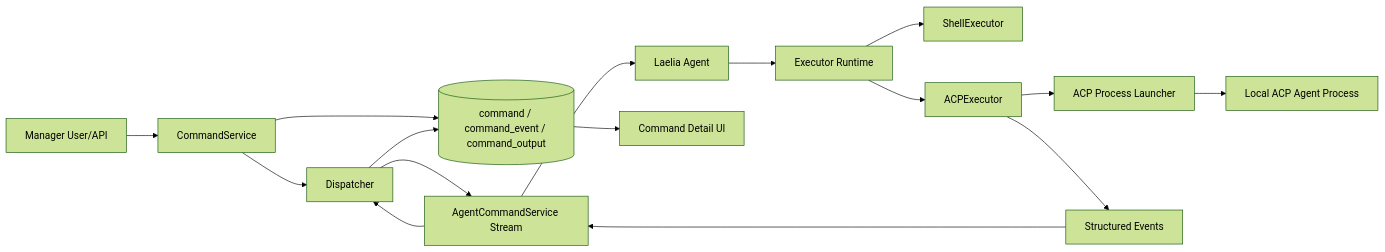
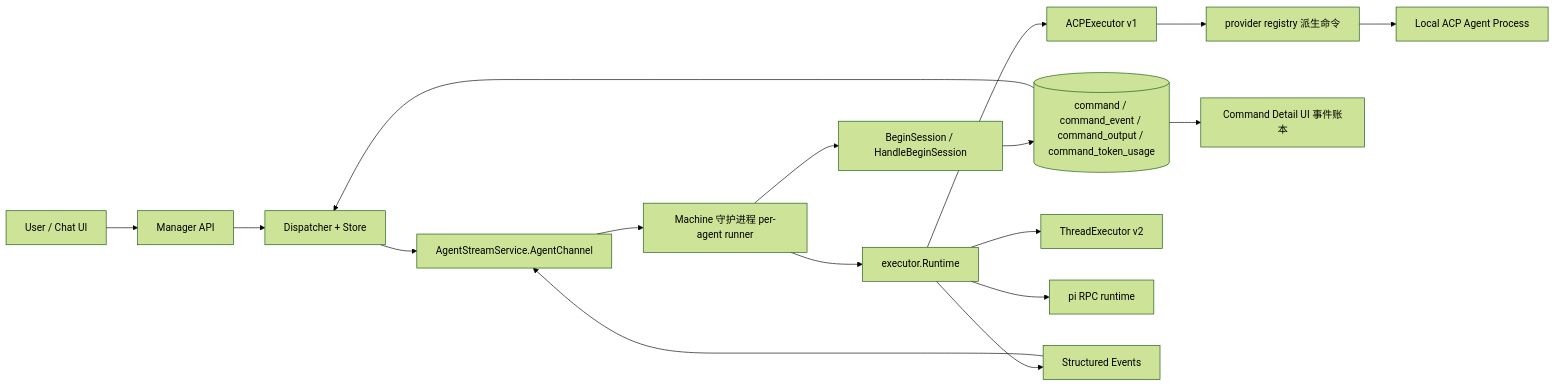
The first of 2 diagrams in docs/plan/agent-acp-integration-design.md (Ranxy/laelia), drawn with Mermaid (forest theme) before and after one commit. The commit also changed other lines of this file and 29 other files, not shown here.

````diff
--- a/docs/plan/agent-acp-integration-design.md
+++ b/docs/plan/agent-acp-integration-design.md
@@ -108,22 +111,24 @@
 ```mermaid
 flowchart LR
-    U[Manager User/API] --> MCS[CommandService]
-    MCS --> DB[(command / command_event / command_output)]
-    MCS --> DSP[Dispatcher]
-    DSP --> STRM[AgentCommandService Stream]
-    STRM --> AGT[Laelia Agent]
+    U[User / Chat UI] --> M[Manager API]
+    M --> D[Dispatcher + Store]
+    D --> STRM[AgentStreamService.AgentChannel]
+    STRM --> AGT[Machine 守护进程 per-agent runner]
 
-    AGT --> RT[Executor Runtime]
-    RT --> SH[ShellExecutor]
-    RT --> ACP[ACPExecutor]
+    AGT --> BS[BeginSession / HandleBeginSession]
+    BS --> DB[(command / command_event / command_output / command_token_usage)]
+    DB --> D
 
-    ACP --> LAUNCH[ACP Process Launcher]
+    AGT --> RT[executor.Runtime]
+    RT --> ACP[ACPExecutor v1]
+    RT --> THR[ThreadExecutor v2]
+    RT --> PI[pi RPC runtime]
+
+    ACP --> LAUNCH[provider registry 派生命令]
     LAUNCH --> SUB[Local ACP Agent Process]
 
-    ACP --> EVT[Structured Events]
+    RT --> EVT[Structured Events]
     EVT --> STRM
-    STRM --> DSP
-    DSP --> DB
 
-    DB --> UI[Command Detail UI]
+    DB --> UI[Command Detail UI 事件账本]
 ```
````
